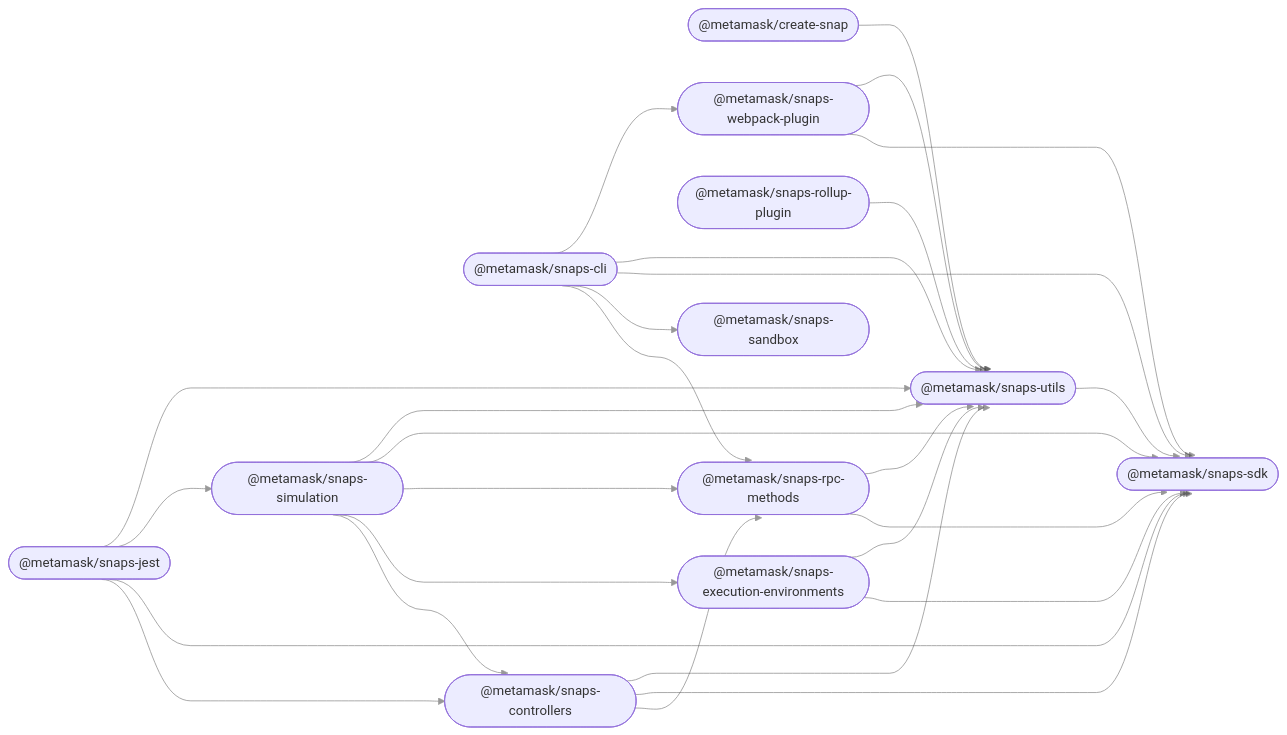
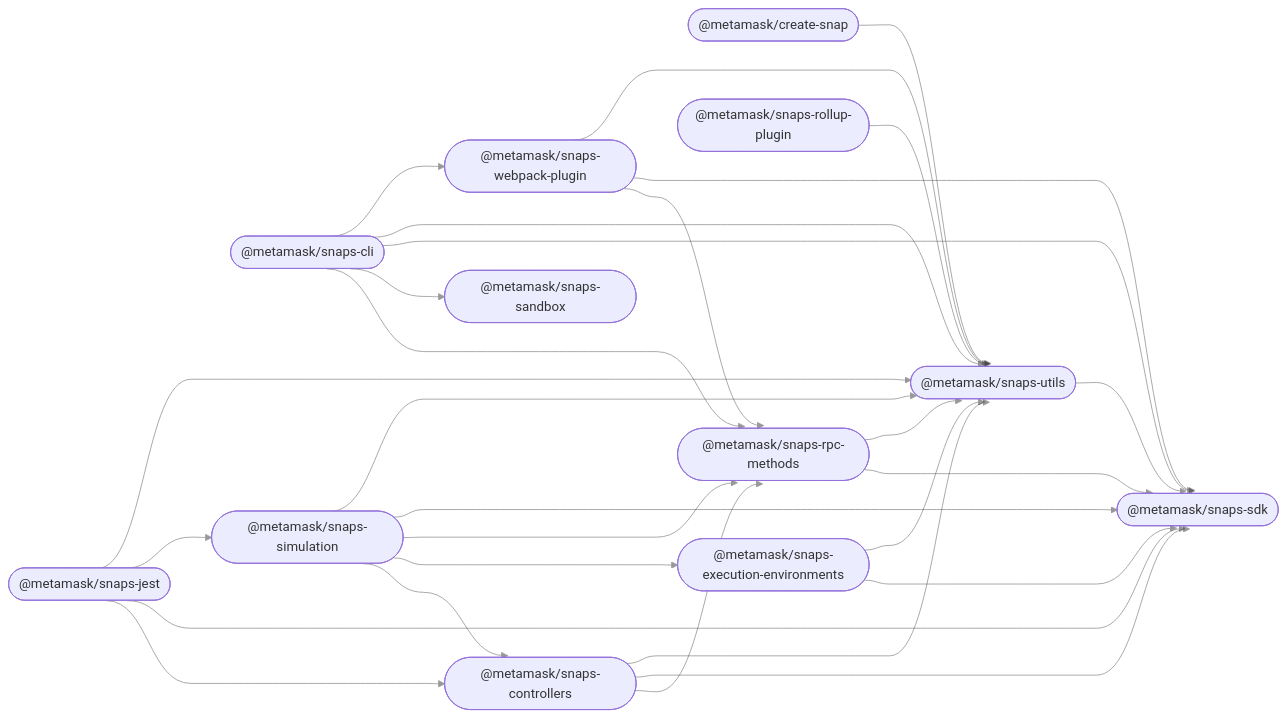
One commit to MetaMask/snaps changed the diagram in README.md. Above: the diagram before and after it, drawn with Mermaid.

````diff
--- a/README.md
+++ b/README.md
@@ -31,43 +31,44 @@
 ```mermaid
 %%{ init: { 'flowchart': { 'curve': 'bumpX' } } }%%
 graph LR;
 linkStyle default opacity:0.5
   create_snap(["@metamask/create-snap"]);
   snaps_cli(["@metamask/snaps-cli"]);
   snaps_controllers(["@metamask/snaps-controllers"]);
   snaps_execution_environments(["@metamask/snaps-execution-environments"]);
   snaps_jest(["@metamask/snaps-jest"]);
   snaps_rollup_plugin(["@metamask/snaps-rollup-plugin"]);
   snaps_rpc_methods(["@metamask/snaps-rpc-methods"]);
   snaps_sandbox(["@metamask/snaps-sandbox"]);
   snaps_sdk(["@metamask/snaps-sdk"]);
   snaps_simulation(["@metamask/snaps-simulation"]);
   snaps_utils(["@metamask/snaps-utils"]);
   snaps_webpack_plugin(["@metamask/snaps-webpack-plugin"]);
   create_snap --> snaps_utils;
   snaps_cli --> snaps_rpc_methods;
   snaps_cli --> snaps_sandbox;
   snaps_cli --> snaps_sdk;
   snaps_cli --> snaps_utils;
   snaps_cli --> snaps_webpack_plugin;
   snaps_controllers --> snaps_rpc_methods;
   snaps_controllers --> snaps_sdk;
   snaps_controllers --> snaps_utils;
   snaps_execution_environments --> snaps_sdk;
   snaps_execution_environments --> snaps_utils;
   snaps_jest --> snaps_controllers;
   snaps_jest --> snaps_sdk;
   snaps_jest --> snaps_simulation;
   snaps_jest --> snaps_utils;
   snaps_rollup_plugin --> snaps_utils;
   snaps_rpc_methods --> snaps_sdk;
   snaps_rpc_methods --> snaps_utils;
   snaps_simulation --> snaps_controllers;
   snaps_simulation --> snaps_execution_environments;
   snaps_simulation --> snaps_rpc_methods;
   snaps_simulation --> snaps_sdk;
   snaps_simulation --> snaps_utils;
   snaps_utils --> snaps_sdk;
+  snaps_webpack_plugin --> snaps_rpc_methods;
   snaps_webpack_plugin --> snaps_sdk;
   snaps_webpack_plugin --> snaps_utils;
 ```
````
